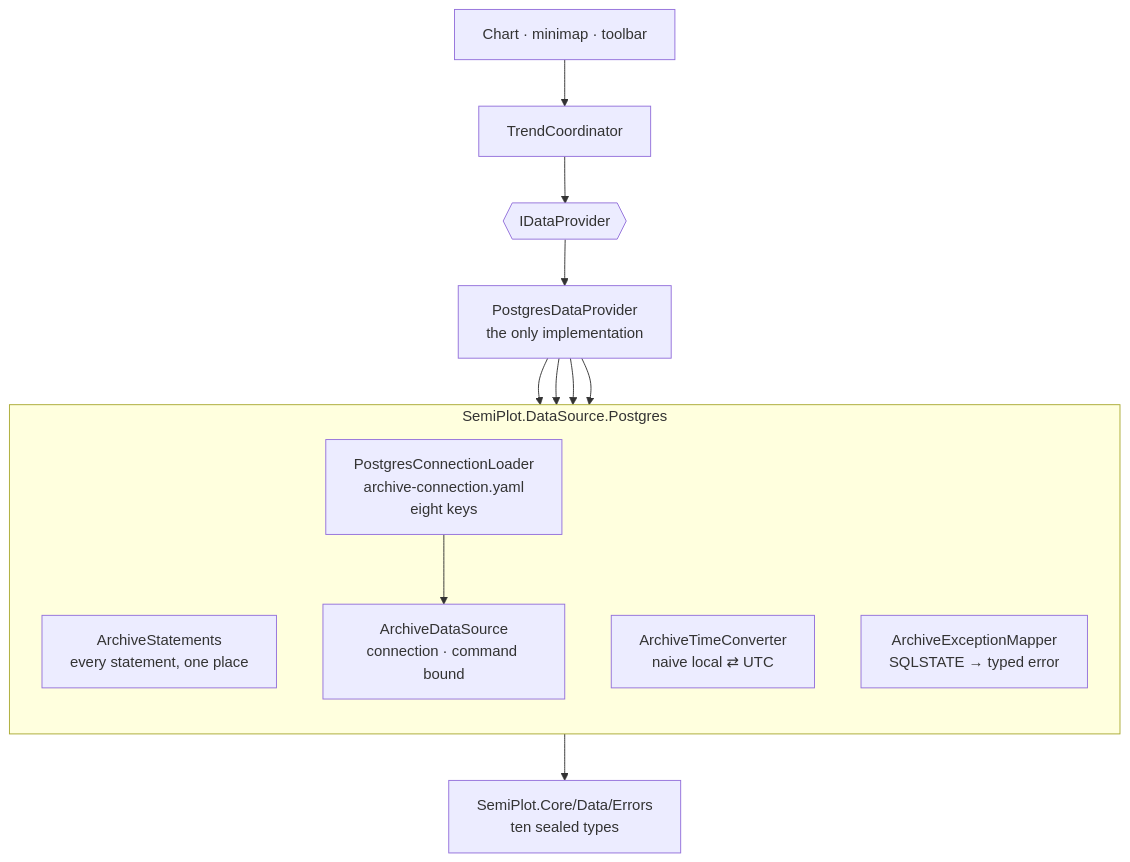
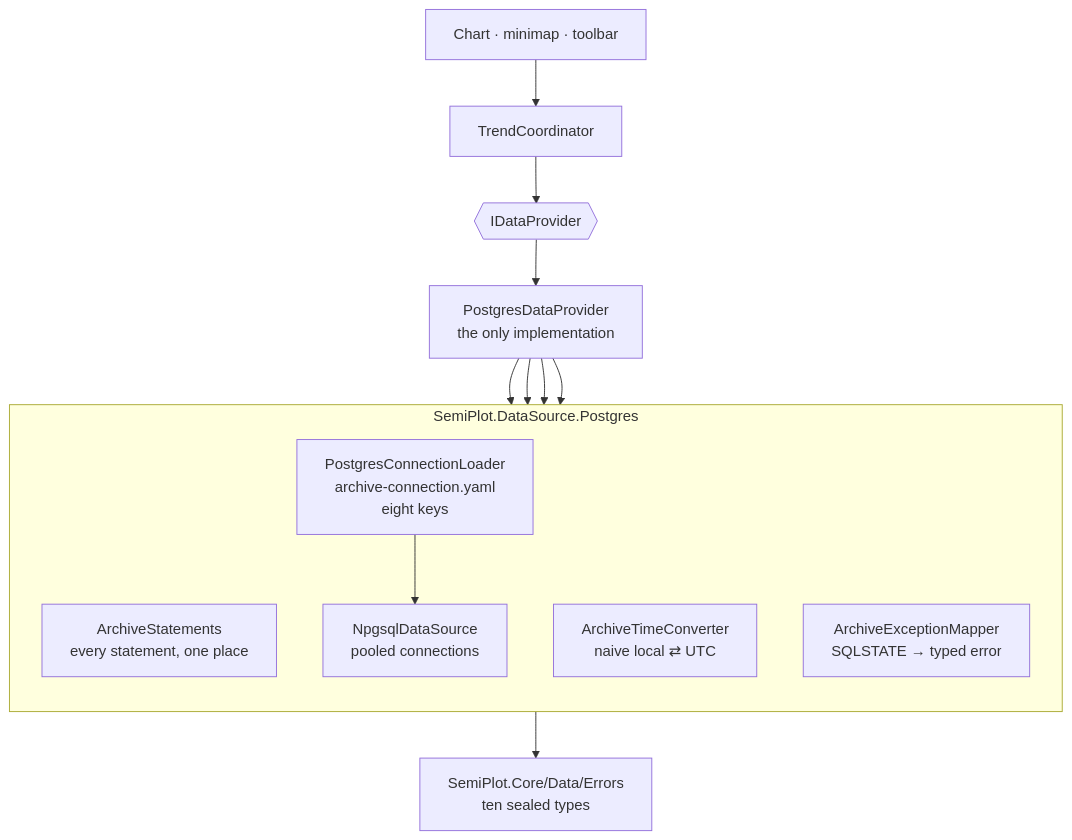
Before and after one commit to Semiteq/SemiPlot: the third of 5 diagrams in docs/architecture/postgres-topology.md, drawn with Mermaid. The commit also changed 17 other files, not shown here.

````diff
--- a/docs/architecture/postgres-topology.md
+++ b/docs/architecture/postgres-topology.md
@@ -83,27 +83,27 @@
 ```mermaid
 flowchart TB
     ui["Chart · minimap · toolbar"]
     coord["TrendCoordinator"]
     iface{{"IDataProvider"}}
     pg["PostgresDataProvider<br/>the only implementation"]
 
     subgraph plumbing["SemiPlot.DataSource.Postgres"]
         direction TB
         stmts["ArchiveStatements<br/>every statement, one place"]
-        ds["ArchiveDataSource<br/>connection · command bound"]
+        ds["NpgsqlDataSource<br/>pooled connections"]
         conv["ArchiveTimeConverter<br/>naive local ⇄ UTC"]
         mapper["ArchiveExceptionMapper<br/>SQLSTATE → typed error"]
         loader["PostgresConnectionLoader<br/>archive-connection.yaml<br/>eight keys"]
     end
 
     errs["SemiPlot.Core/Data/Errors<br/>ten sealed types"]
 
     ui --> coord --> iface
     iface --> pg
     pg --> stmts
     pg --> ds
     pg --> conv
     pg --> mapper
     loader --> ds
     mapper --> errs
 ```
````
